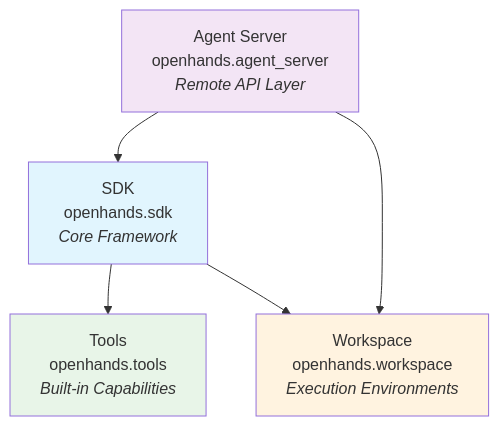
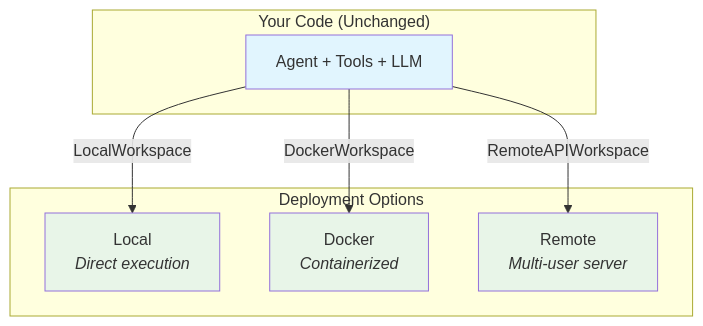
One commit to OpenHands/docs changed the fourth of 4 diagrams in sdk/arch/overview.mdx. Above: the diagram before and after it, drawn with Mermaid. The commit also changed other lines of this file, not shown here.

````diff
--- a/sdk/arch/overview.mdx
+++ b/sdk/arch/overview.mdx
@@ -69,17 +197,21 @@
 ```mermaid
-graph TD
-    SDK[SDK<br/>openhands.sdk<br/><i>Core Framework</i>] 
-    Tools[Tools<br/>openhands.tools<br/><i>Built-in Capabilities</i>]
-    Workspace[Workspace<br/>openhands.workspace<br/><i>Execution Environments</i>]
-    Server[Agent Server<br/>openhands.agent_server<br/><i>Remote API Layer</i>]
-
-    SDK --> Tools
-    SDK --> Workspace
-    Server --> SDK
-    Server --> Workspace
-
-    style SDK fill:#e1f5fe
-    style Tools fill:#e8f5e8
-    style Workspace fill:#fff3e0
-    style Server fill:#f3e5f5
+graph TB
+    subgraph "Your Code (Unchanged)"
+        Code["Agent + Tools + LLM"]
+    end
+    
+    subgraph "Deployment Options"
+        Local["Local<br/><i>Direct execution</i>"]
+        Docker["Docker<br/><i>Containerized</i>"]
+        Remote["Remote<br/><i>Multi-user server</i>"]
+    end
+    
+    Code -->|LocalWorkspace| Local
+    Code -->|DockerWorkspace| Docker
+    Code -->|RemoteAPIWorkspace| Remote
+    
+    style Code fill:#e1f5fe
+    style Local fill:#e8f5e8
+    style Docker fill:#e8f5e8
+    style Remote fill:#e8f5e8
 ```
````
